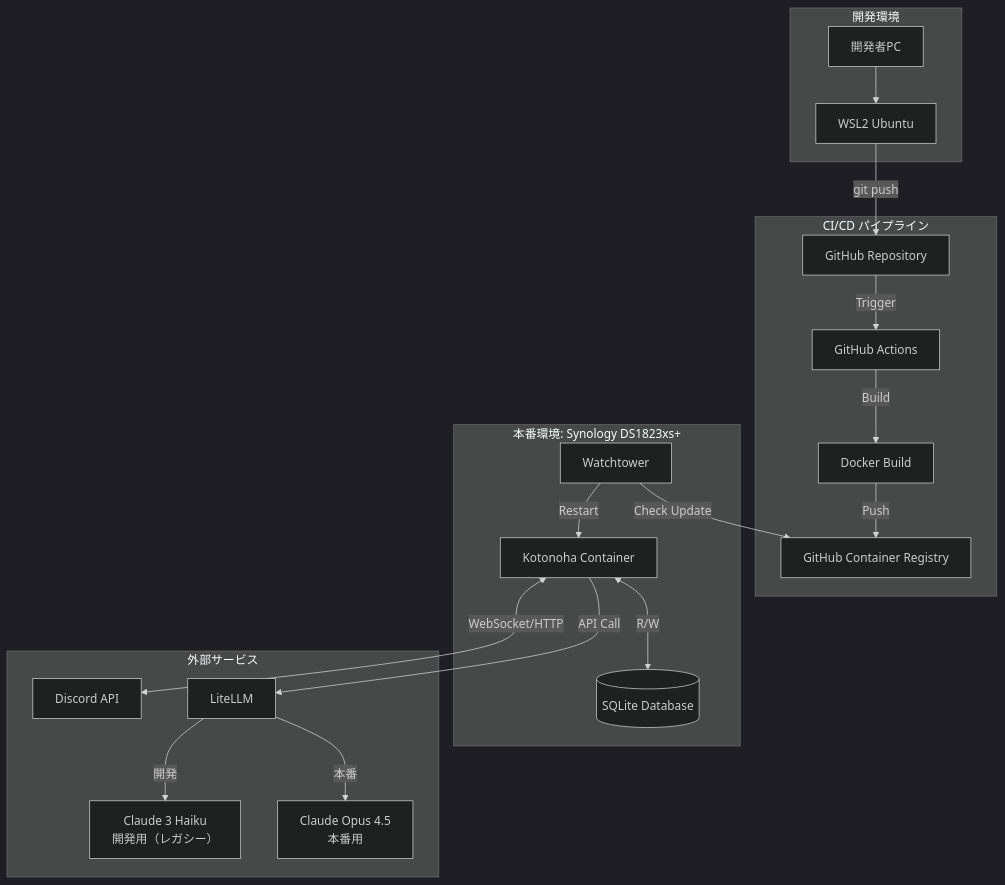
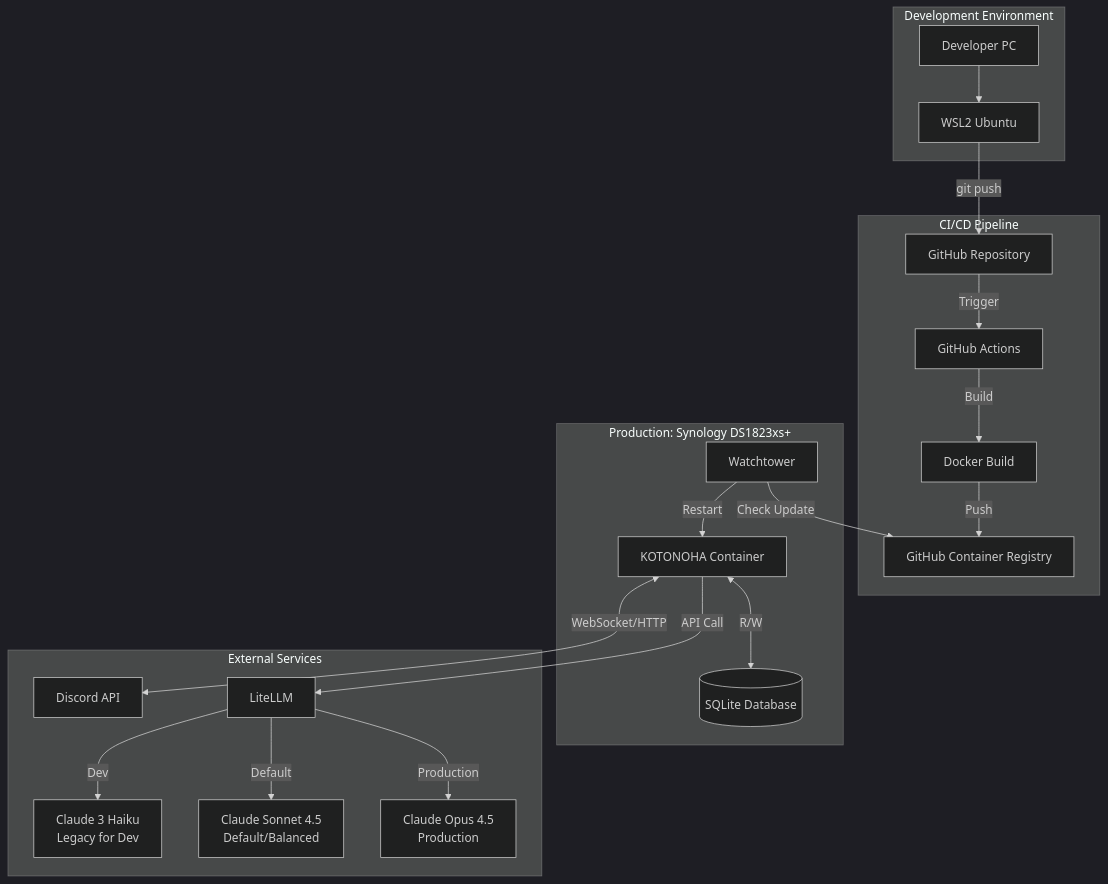
Before and after one commit to fluxrozin/kotonoha-bot: the first of 2 diagrams in docs/architecture/system-architecture.md, drawn with Mermaid (dark theme). The commit also changed other lines of this file and 16 other files, not shown here.

````diff
--- a/docs/architecture/system-architecture.md
+++ b/docs/architecture/system-architecture.md
@@ -7,42 +7,44 @@
 ```mermaid
 graph TB
-    subgraph "開発環境"
-        Dev[開発者PC]
+    subgraph "Development Environment"
+        Dev[Developer PC]
         WSL[WSL2 Ubuntu]
         Dev --> WSL
     end
 
-    subgraph "CI/CD パイプライン"
+    subgraph "CI/CD Pipeline"
         GitHub[GitHub Repository]
         GHA[GitHub Actions]
         DockerBuild[Docker Build]
         GHCR[GitHub Container Registry]
 
         WSL -->|git push| GitHub
         GitHub -->|Trigger| GHA
         GHA -->|Build| DockerBuild
         DockerBuild -->|Push| GHCR
     end
 
-    subgraph "本番環境: Synology DS1823xs+"
+    subgraph "Production: Synology DS1823xs+"
         Watchtower[Watchtower]
-        Container[Kotonoha Container]
+        Container[KOTONOHA Container]
         SQLite[(SQLite Database)]
 
         Watchtower -->|Check Update| GHCR
         Watchtower -->|Restart| Container
         Container <-->|R/W| SQLite
     end
 
-    subgraph "外部サービス"
+    subgraph "External Services"
         Discord[Discord API]
         LiteLLM[LiteLLM]
-        ClaudeHaiku[Claude 3 Haiku<br/>開発用（レガシー）]
-        ClaudeOpus[Claude Opus 4.5<br/>本番用]
+        ClaudeHaiku[Claude 3 Haiku<br/>Legacy for Dev]
+        ClaudeSonnet[Claude Sonnet 4.5<br/>Default/Balanced]
+        ClaudeOpus[Claude Opus 4.5<br/>Production]
 
         Container <-->|WebSocket/HTTP| Discord
         Container -->|API Call| LiteLLM
-        LiteLLM -->|開発| ClaudeHaiku
-        LiteLLM -->|本番| ClaudeOpus
+        LiteLLM -->|Dev| ClaudeHaiku
+        LiteLLM -->|Default| ClaudeSonnet
+        LiteLLM -->|Production| ClaudeOpus
     end
 ```
````
